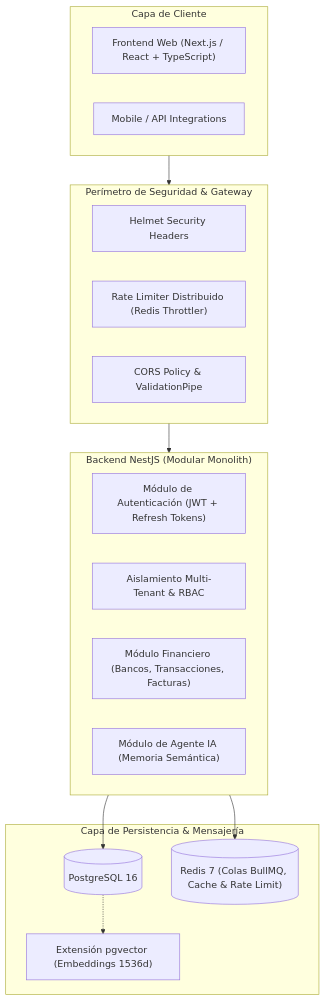
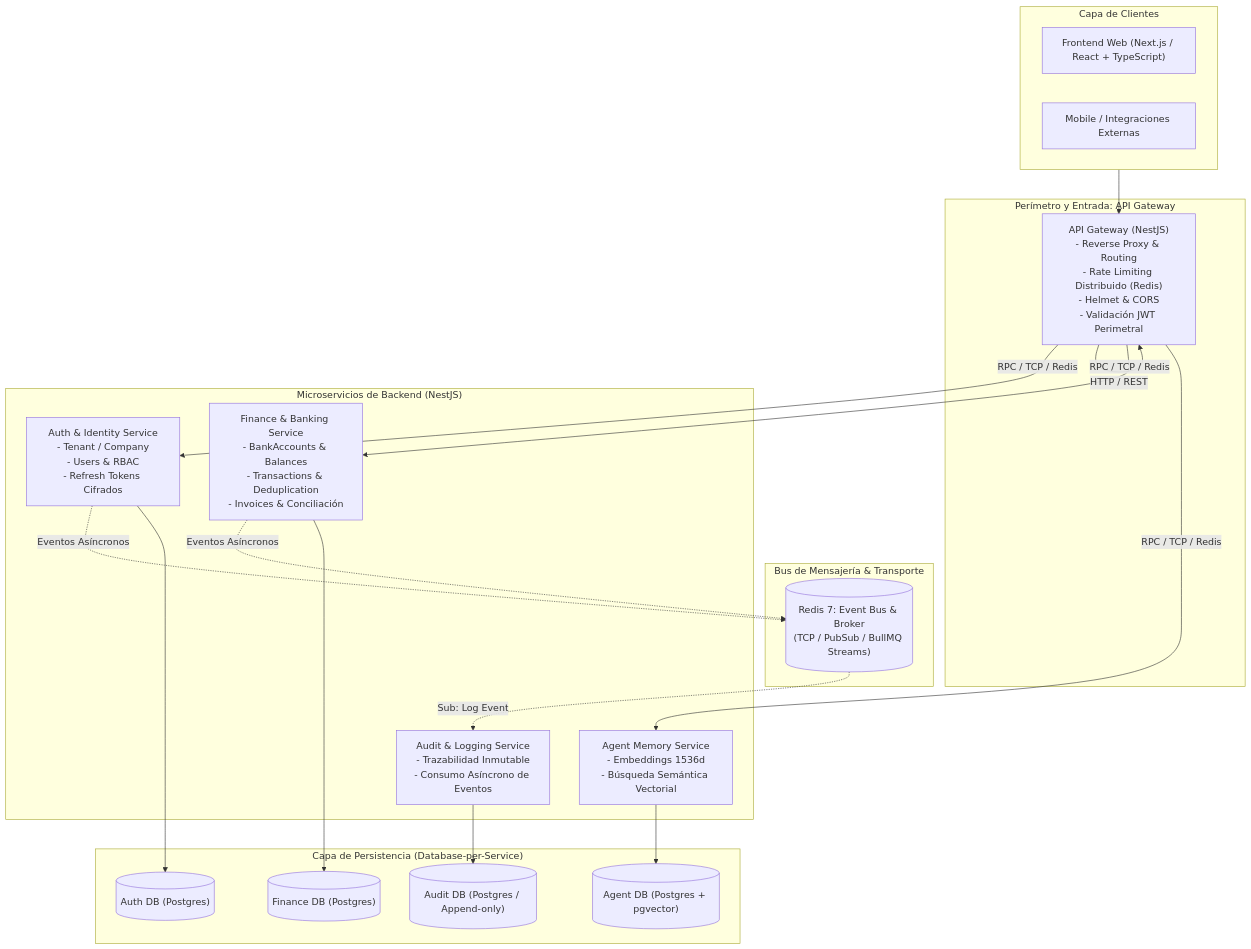
The diagram in README.md (CoffeLovers/mybusiness), drawn with Mermaid before and after one commit. The commit also changed other lines of this file, not shown here.

Commit message:
refactor(docs): update architecture to NestJS Microservices with API Gateway, Redis broker and Database-per-Service

````diff
--- a/README.md
+++ b/README.md
@@ -18,32 +18,59 @@
 ```mermaid
 flowchart TD
-    subgraph ClientLayer ["Capa de Cliente"]
-        WebUI["Frontend Web (Next.js / React + TypeScript)"]
-        Mobile["Mobile / API Integrations"]
+    subgraph Clients ["Capa de Clientes"]
+        WebClient["Frontend Web (Next.js / React + TypeScript)"]
+        MobileClient["Mobile / Integraciones Externas"]
     end
 
-    subgraph SecurityPerimeter ["Perímetro de Seguridad & Gateway"]
-        Helmet["Helmet Security Headers"]
-        RateLimiter["Rate Limiter Distribuido (Redis Throttler)"]
-        CORS["CORS Policy & ValidationPipe"]
+    subgraph GatewayLayer ["Perímetro y Entrada: API Gateway"]
+        Gateway["API Gateway (NestJS)
+- Reverse Proxy & Routing
+- Rate Limiting Distribuido (Redis)
+- Helmet & CORS
+- Validación JWT Perimetral"]
     end
 
-    subgraph BackendApp ["Backend NestJS (Modular Monolith)"]
-        AuthModule["Módulo de Autenticación (JWT + Refresh Tokens)"]
-        TenantGuard["Aislamiento Multi-Tenant & RBAC"]
-        FinanceModule["Módulo Financiero (Bancos, Transacciones, Facturas)"]
-        AgentModule["Módulo de Agente IA (Memoria Semántica)"]
+    subgraph EventBroker ["Bus de Mensajería & Transporte"]
+        RedisBus[("Redis 7: Event Bus & Broker
+(TCP / PubSub / BullMQ Streams)")]
     end
 
-    subgraph StorageLayer ["Capa de Persistencia & Mensajería"]
-        Postgres[("PostgreSQL 16")]
-        VectorExt["Extensión pgvector (Embeddings 1536d)"]
-        RedisCluster[("Redis 7 (Colas BullMQ, Cache & Rate Limit)")]
+    subgraph Microservices ["Microservicios de Backend (NestJS)"]
+        AuthService["Auth & Identity Service
+- Tenant / Company
+- Users & RBAC
+- Refresh Tokens Cifrados"]
+        FinanceService["Finance & Banking Service
+- BankAccounts & Balances
+- Transactions & Deduplication
+- Invoices & Conciliación"]
+        AgentService["Agent Memory Service
+- Embeddings 1536d
+- Búsqueda Semántica Vectorial"]
+        AuditService["Audit & Logging Service
+- Trazabilidad Inmutable
+- Consumo Asíncrono de Eventos"]
     end
 
-    ClientLayer --> SecurityPerimeter
-    SecurityPerimeter --> BackendApp
-    BackendApp --> Postgres
-    Postgres -.-> VectorExt
-    BackendApp --> RedisCluster
+    subgraph Persistence ["Capa de Persistencia (Database-per-Service)"]
+        AuthDB[("Auth DB (Postgres)")]
+        FinanceDB[("Finance DB (Postgres)")]
+        AgentDB[("Agent DB (Postgres + pgvector)")]
+        AuditDB[("Audit DB (Postgres / Append-only)")]
+    end
+
+    Clients --> Gateway
+    Gateway -->|HTTP / REST| Gateway
+    Gateway -->|RPC / TCP / Redis| AuthService
+    Gateway -->|RPC / TCP / Redis| FinanceService
+    Gateway -->|RPC / TCP / Redis| AgentService
+
+    AuthService -.->|Eventos Asíncronos| RedisBus
+    FinanceService -.->|Eventos Asíncronos| RedisBus
+    RedisBus -.->|Sub: Log Event| AuditService
+
+    AuthService --> AuthDB
+    FinanceService --> FinanceDB
+    AgentService --> AgentDB
+    AuditService --> AuditDB
 ```
````
